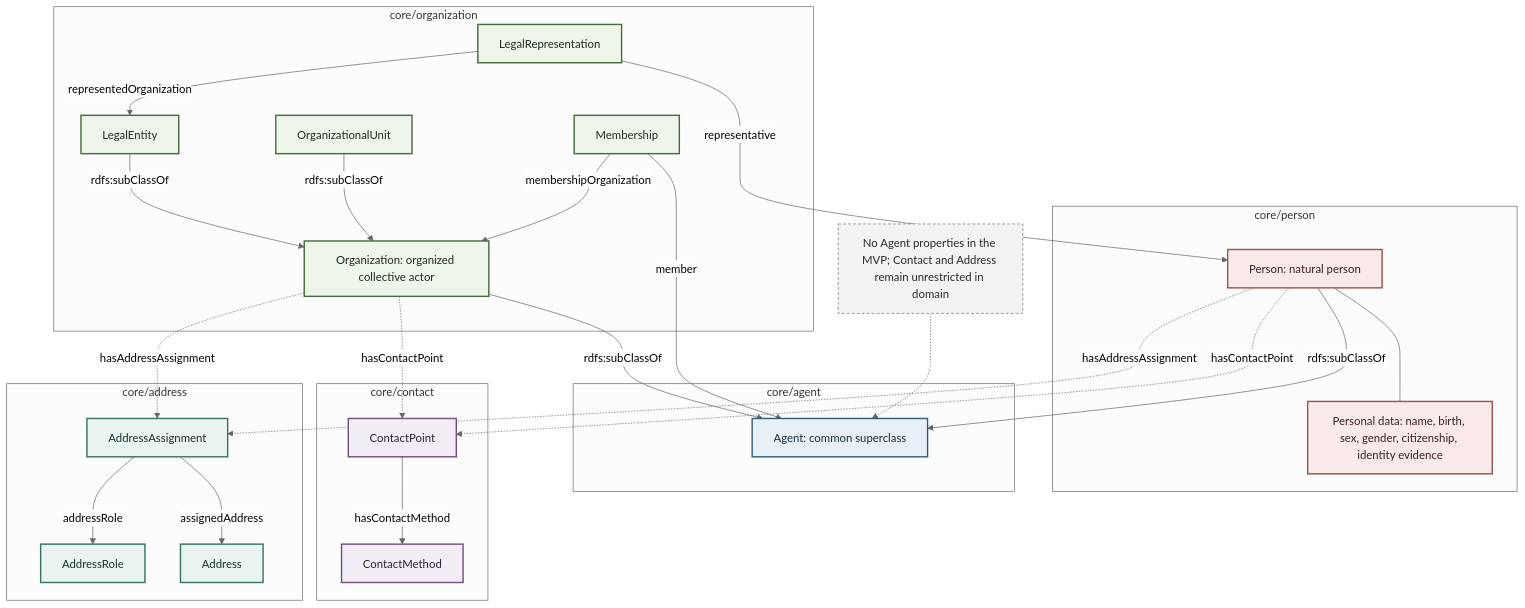
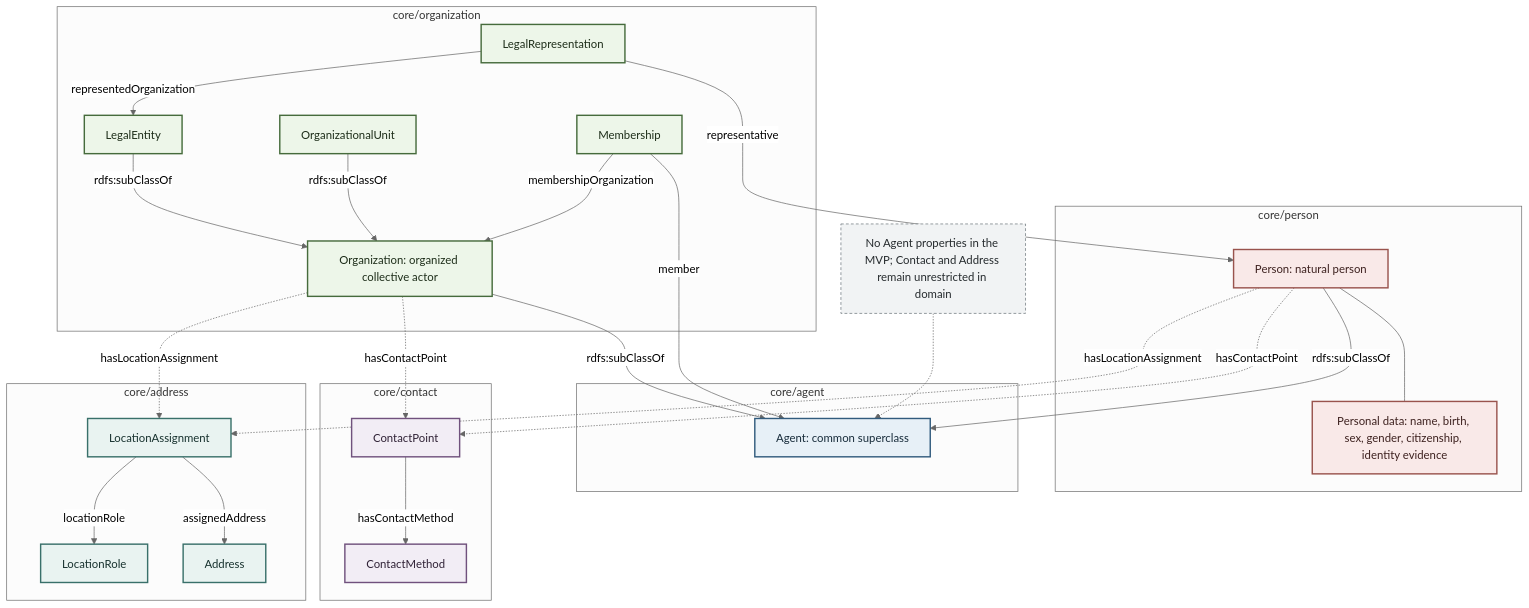
Before and after one commit to project-construct-x/constructx-ontologies: the diagram in modules/core/agent/docs/diagrams/agent-integration-model.md, drawn with Mermaid (neutral theme). The commit also changed other lines of this file and 97 other files, not shown here.

Commit message:
feat(core): migrate Address and Contact to location assignments

````diff
--- a/modules/core/agent/docs/diagrams/agent-integration-model.md
+++ b/modules/core/agent/docs/diagrams/agent-integration-model.md
@@ -8,66 +8,66 @@
 ```mermaid
 flowchart TB
     subgraph AGENT["core/agent"]
         Agent["Agent: common superclass"]
     end
 
     subgraph PERSON["core/person"]
         Person["Person: natural person"]
         PersonData["Personal data: name, birth, sex, gender, citizenship, identity evidence"]
         Person --- PersonData
     end
 
     subgraph ORGANIZATION["core/organization"]
         Org["Organization: organized collective actor"]
         Legal["LegalEntity"]
         Unit["OrganizationalUnit"]
         Membership["Membership"]
         Representation["LegalRepresentation"]
 
         Legal -->|"rdfs:subClassOf"| Org
         Unit -->|"rdfs:subClassOf"| Org
         Membership -->|"member"| Agent
         Membership -->|"membershipOrganization"| Org
         Representation -->|"representative"| Person
         Representation -->|"representedOrganization"| Legal
     end
 
     subgraph CONTACT["core/contact"]
         ContactPoint["ContactPoint"]
         ContactMethod["ContactMethod"]
         ContactPoint -->|"hasContactMethod"| ContactMethod
     end
 
     subgraph ADDRESS["core/address"]
-        AddressAssignment["AddressAssignment"]
+        LocationAssignment["LocationAssignment"]
         Address["Address"]
-        AddressRole["AddressRole"]
-        AddressAssignment -->|"assignedAddress"| Address
-        AddressAssignment -->|"addressRole"| AddressRole
+        LocationRole["LocationRole"]
+        LocationAssignment -->|"assignedAddress"| Address
+        LocationAssignment -->|"locationRole"| LocationRole
     end
 
     Person -->|"rdfs:subClassOf"| Agent
     Org -->|"rdfs:subClassOf"| Agent
 
     Person -.->|"hasContactPoint"| ContactPoint
     Org -.->|"hasContactPoint"| ContactPoint
-    Person -.->|"hasAddressAssignment"| AddressAssignment
-    Org -.->|"hasAddressAssignment"| AddressAssignment
+    Person -.->|"hasLocationAssignment"| LocationAssignment
+    Org -.->|"hasLocationAssignment"| LocationAssignment
 
     Note["No Agent properties in the MVP; Contact and Address remain unrestricted in domain"]
     Note -.-> Agent
 
     classDef agent fill:#e7f0f7,stroke:#315b7d,color:#172b3a,stroke-width:2px;
     classDef person fill:#f9e9e8,stroke:#99534d,color:#3d211f,stroke-width:2px;
     classDef org fill:#edf6e9,stroke:#466b3c,color:#1d2d19,stroke-width:2px;
     classDef contact fill:#f2edf5,stroke:#70517d,color:#2f2135,stroke-width:2px;
     classDef address fill:#e9f3f1,stroke:#39706a,color:#17312e,stroke-width:2px;
     classDef note fill:#f1f3f4,stroke:#6b747a,color:#252a2d,stroke-dasharray:4 3;
 
     class Agent agent;
     class Person,PersonData person;
     class Org,Legal,Unit,Membership,Representation org;
     class ContactPoint,ContactMethod contact;
-    class AddressAssignment,Address,AddressRole address;
+    class LocationAssignment,Address,LocationRole address;
     class Note note;
 ```
````
